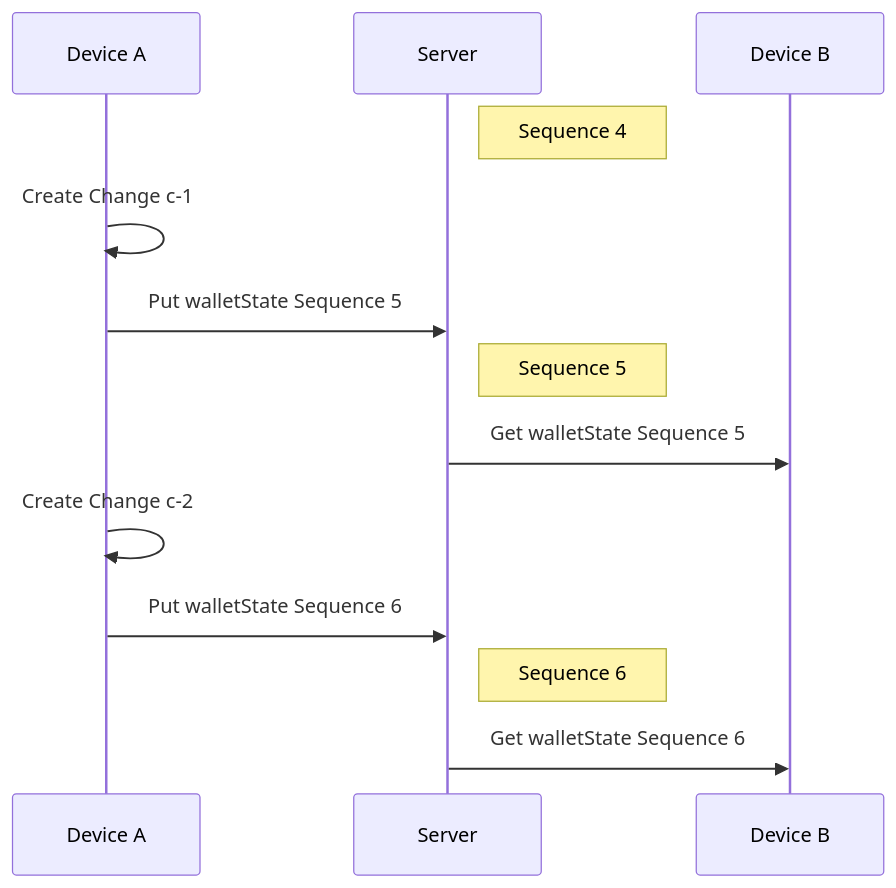
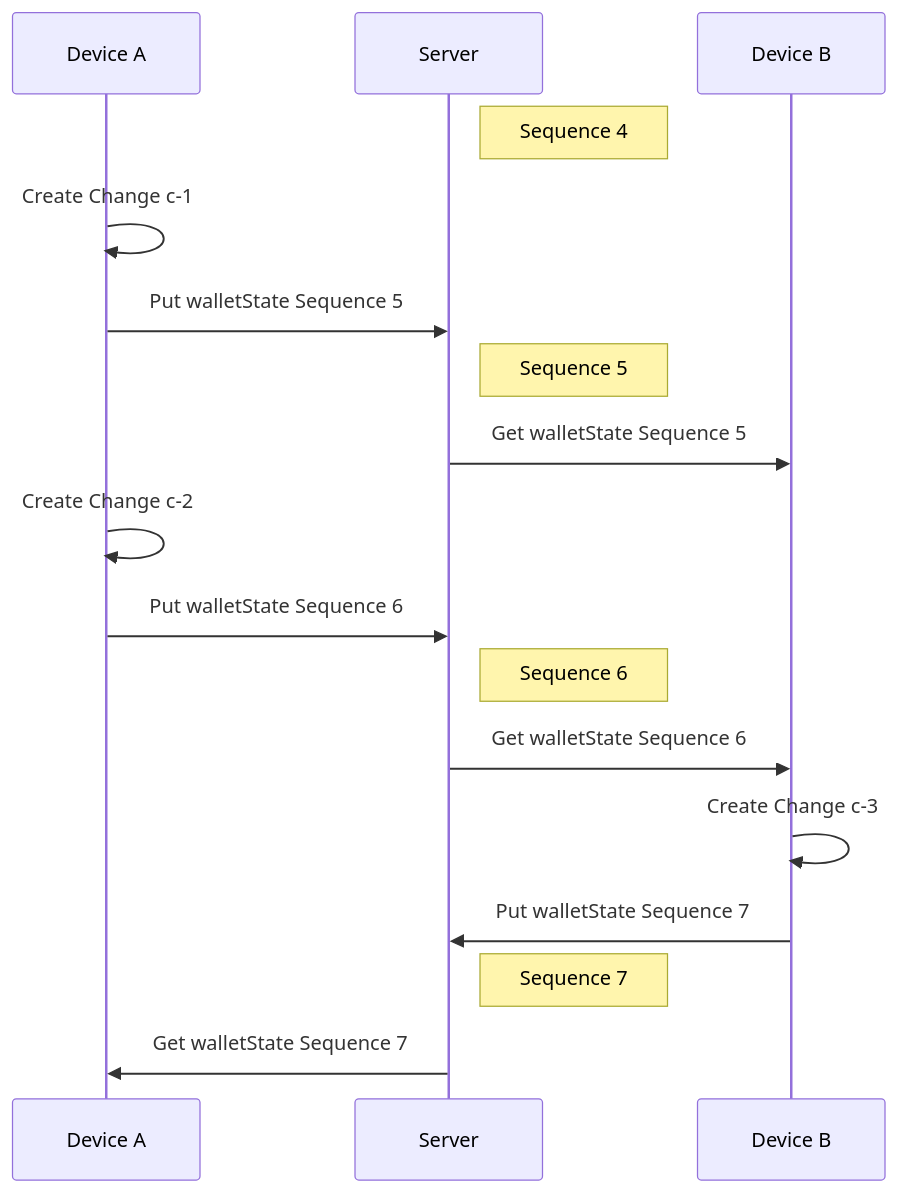
Before and after one commit to orblivion/lbry-wallet-sync-draft: the first of 18 diagrams in spec/sync.md, drawn with Mermaid. The commit also changed other lines of this file, not shown here.

````diff
--- a/spec/sync.md
+++ b/spec/sync.md
@@ -39,17 +41,23 @@
 ```mermaid
   sequenceDiagram
     participant Device A
     participant Server
     participant Device B
 
     Note right of Server: Sequence 4
 
     Device A->>Device A: Create Change c-1
     Device A->>Server: Put walletState Sequence 5
     Note right of Server: Sequence 5
     Server->>Device B: Get walletState Sequence 5
+
     Device A->>Device A: Create Change c-2
     Device A->>Server: Put walletState Sequence 6
     Note right of Server: Sequence 6
     Server->>Device B: Get walletState Sequence 6
+
+    Device B->>Device B: Create Change c-3
+    Device B->>Server: Put walletState Sequence 7
+    Note right of Server: Sequence 7
+    Server->>Device A: Get walletState Sequence 7
 ```
````
